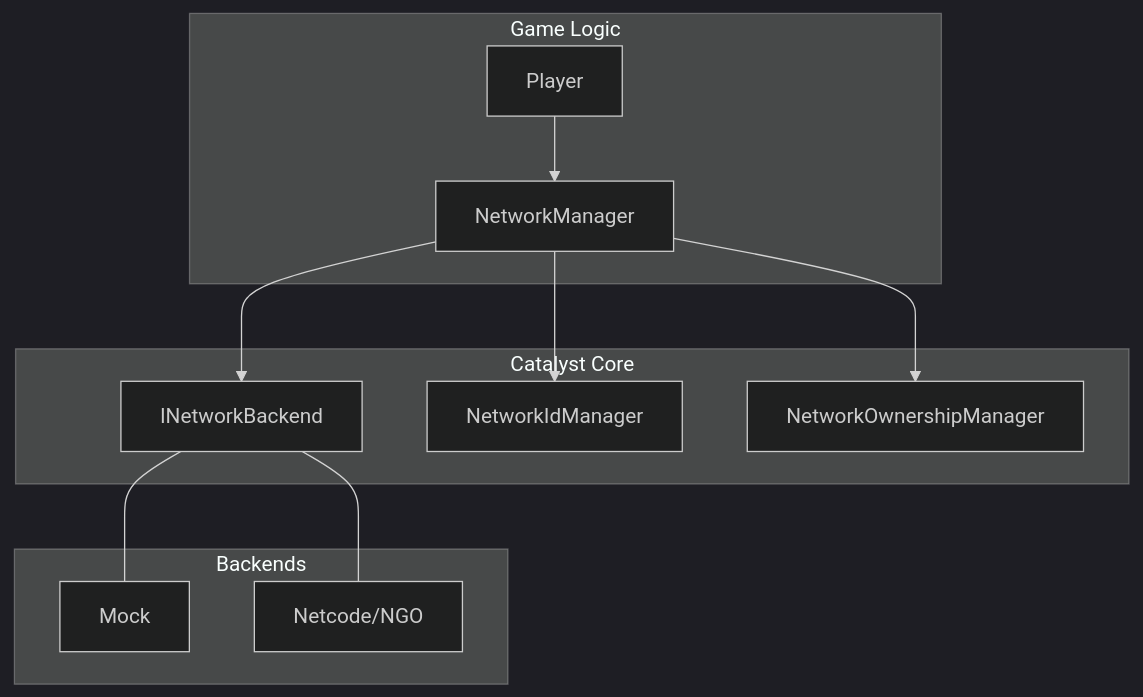
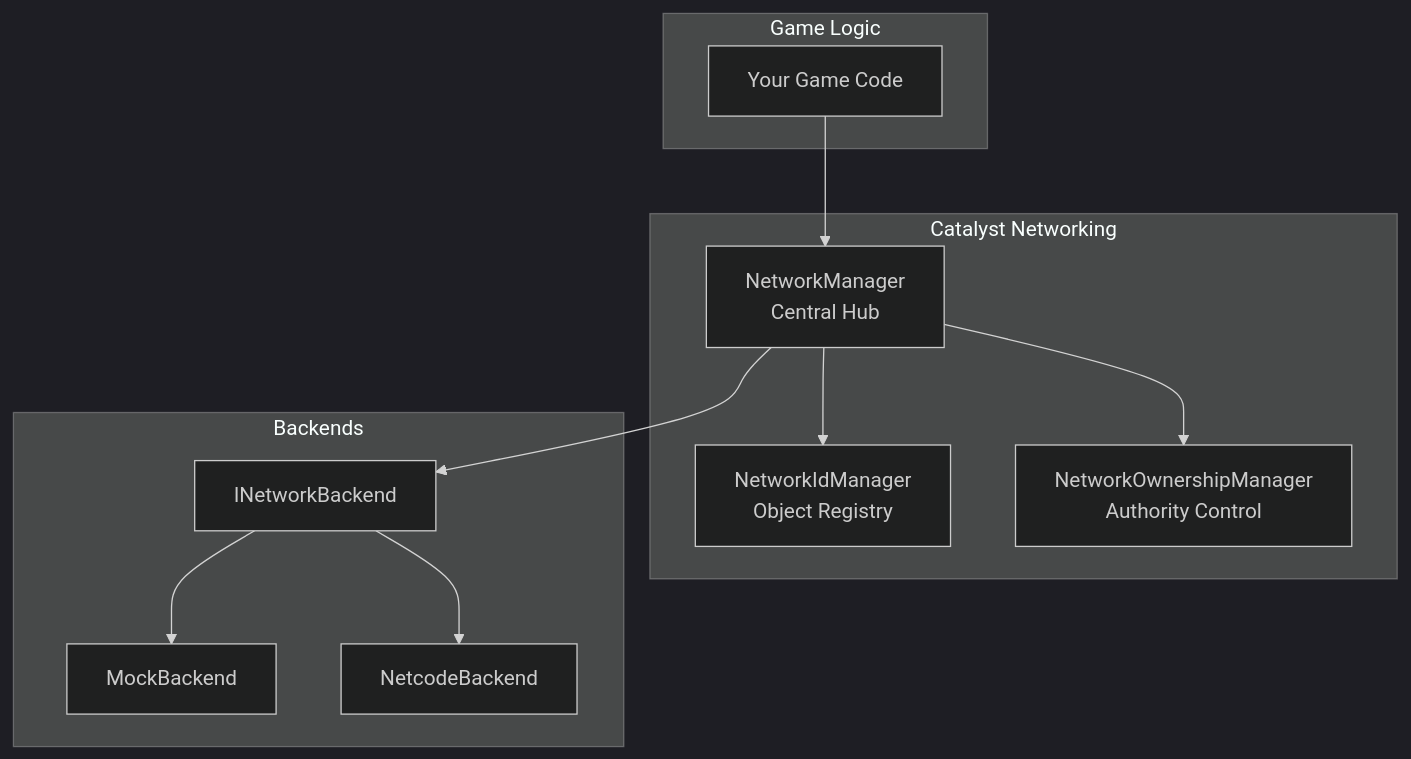
Before and after one commit to eraflo/Catalyst: the first of 5 diagrams in Documentation~/Modules/Networking.md, drawn with Mermaid (dark theme). The commit also changed other lines of this file, not shown here.

Commit message:
doc: make a bette docs for network module

````diff
--- a/Documentation~/Modules/Networking.md
+++ b/Documentation~/Modules/Networking.md
@@ -12,15 +28,25 @@
 ```mermaid
-graph TD
+graph TB
     subgraph "Game Logic"
-        P[Player] --> NM[NetworkManager]
+        GL[Your Game Code]
     end
-    subgraph "Catalyst Core"
-        NM --> NB["INetworkBackend"]
-        NM --> NIM[NetworkIdManager]
-        NM --> NOM[NetworkOwnershipManager]
+    
+    subgraph "Catalyst Networking"
+        NM[NetworkManager<br/>Central Hub]
+        NIM[NetworkIdManager<br/>Object Registry]
+        NOM[NetworkOwnershipManager<br/>Authority Control]
     end
+    
     subgraph "Backends"
-        NB --- M[Mock]
-        NB --- NG[Netcode/NGO]
+        IB[INetworkBackend]
+        MB[MockBackend]
+        NB[NetcodeBackend]
     end
+    
+    GL --> NM
+    NM --> NIM
+    NM --> NOM
+    NM --> IB
+    IB --> MB
+    IB --> NB
 ```
````
